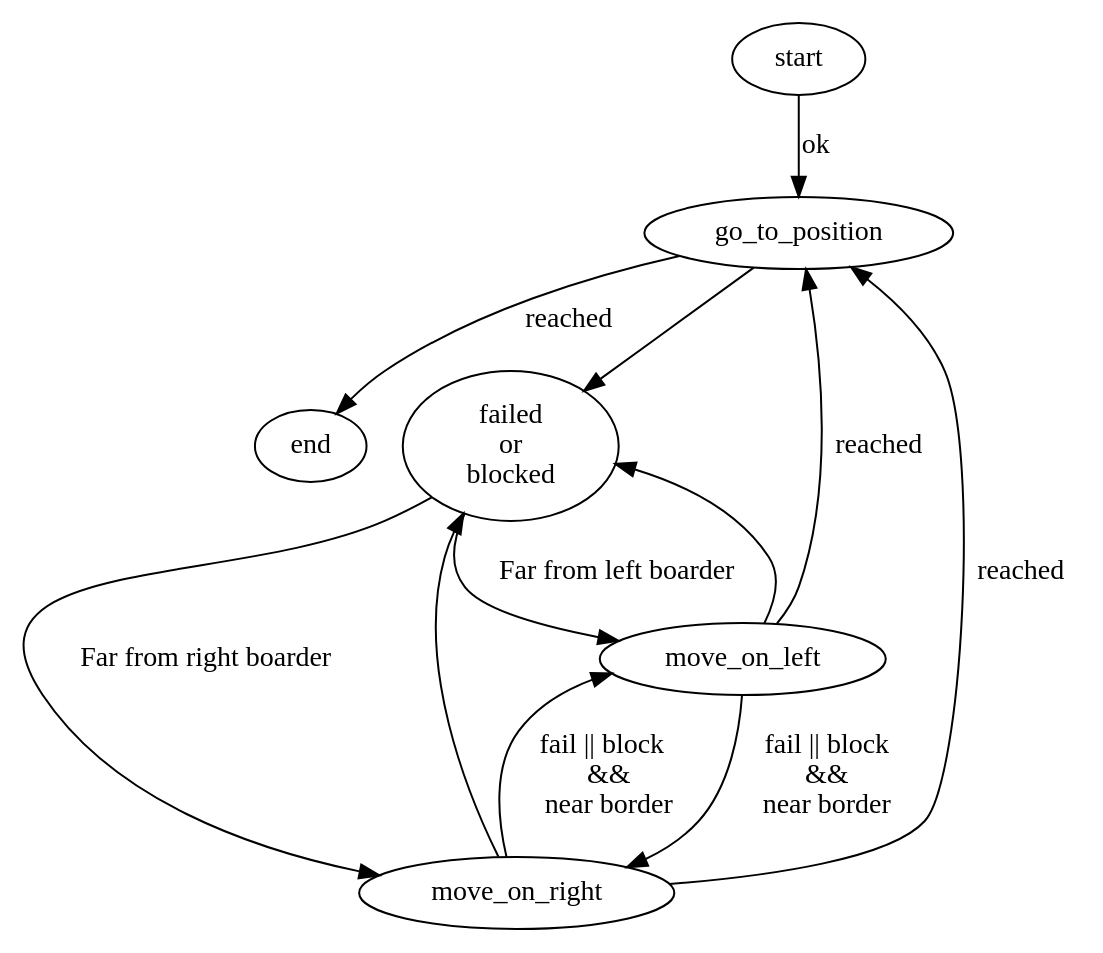
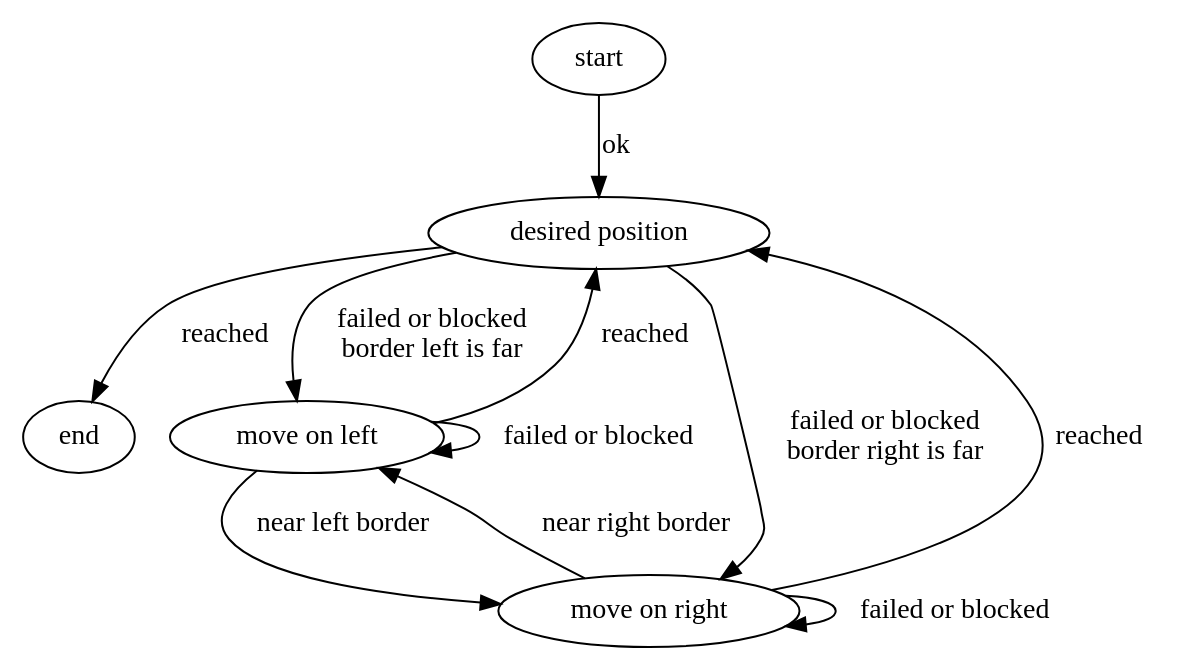
One commit to oliv5/apbteam changed the diagram in digital/io/doc/move.dot. Above: the diagram before and after it, drawn with Graphviz.

Commit message:
Update the fsm for the movement.

```diff
--- a/digital/io/doc/move.dot
+++ b/digital/io/doc/move.dot
@@ -1,20 +1,19 @@
 # Try to reach a position, this digram shall provide an start of solution when
 # the robot is blocked or a when the robot has a obstacle in front of it.
 
 digraph move
 {
-	start -> "go_to_position" [label ="ok"];
-	"go_to_position" -> end [label = "reached"];
+	start -> "desired position" [label = "ok"];
+	"desired position" -> end [label = "reached"];
+	"desired position" -> "move on left" [label = "failed or blocked\n border left is far"];
+	"desired position" -> "move on right" [label = "failed or blocked\n border right is far"];
 
-	"go_to_position" -> "failed \n or \n blocked";
-	"failed \n or \n blocked" -> "move_on_left" [label = "Far from left boarder"];
-	"failed \n or \n blocked" -> "move_on_right" [label = "Far from right boarder"];
+	"move on left" -> "move on left" [label = "failed or blocked"];
+	"move on left" -> "desired position" [label = "reached"];
 
-	"move_on_right" -> "go_to_position" [label = "reached"]
-	"move_on_right" -> "failed \n or \n blocked";
-	"move_on_right" -> "move_on_left" [label = "fail || block  \n&&\n near border"];
+	"move on right" -> "move on right" [label = "failed or blocked"];
+	"move on right" -> "desired position" [label = "reached"];
 
-	"move_on_left" -> "go_to_position" [label = "reached"]
-	"move_on_left" -> "failed \n or \n blocked";
-	"move_on_left" -> "move_on_right" [label = "fail || block \n&&\n near border"];
+	"move on right" -> "move on left" [label = "near right border"];
+	"move on left" -> "move on right" [label = "near left border"];
 }
```
